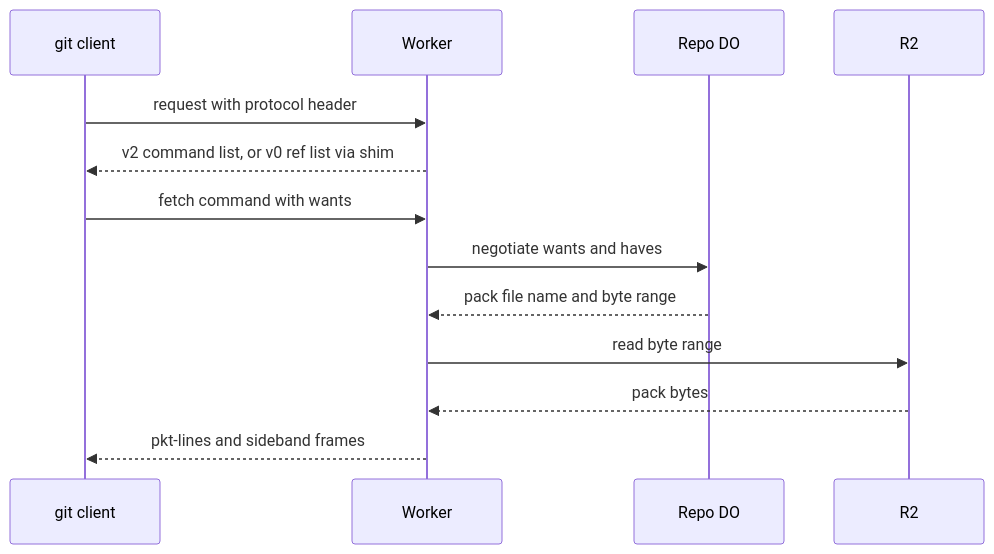
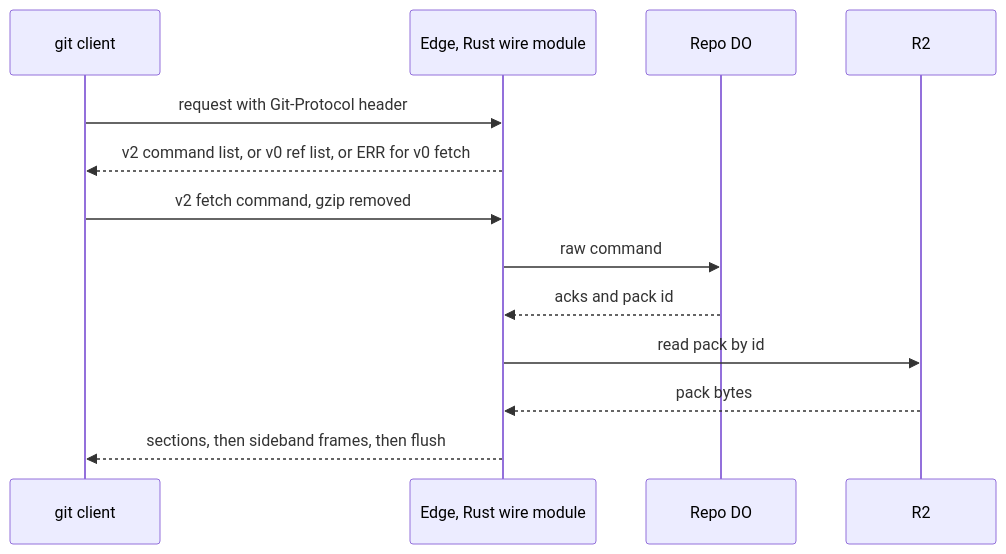
The diagram in plain/protocol-v2-only.md (idl3/git-edge), drawn with Mermaid before and after one commit. The commit also changed other lines of this file and 47 other files, not shown here.

````diff
--- a/plain/protocol-v2-only.md
+++ b/plain/protocol-v2-only.md
@@ -34,15 +38,15 @@
 ```mermaid
 sequenceDiagram
     participant Client as git client
-    participant Worker
+    participant Edge as Edge, Rust wire module
     participant DO as Repo DO
     participant R2
-    Client->>Worker: request with protocol header
-    Worker-->>Client: v2 command list, or v0 ref list via shim
-    Client->>Worker: fetch command with wants
-    Worker->>DO: negotiate wants and haves
-    DO-->>Worker: pack file name and byte range
-    Worker->>R2: read byte range
-    R2-->>Worker: pack bytes
-    Worker-->>Client: pkt-lines and sideband frames
+    Client->>Edge: request with Git-Protocol header
+    Edge-->>Client: v2 command list, or v0 ref list, or ERR for v0 fetch
+    Client->>Edge: v2 fetch command, gzip removed
+    Edge->>DO: raw command
+    DO-->>Edge: acks and pack id
+    Edge->>R2: read pack by id
+    R2-->>Edge: pack bytes
+    Edge-->>Client: sections, then sideband frames, then flush
 ```
````
